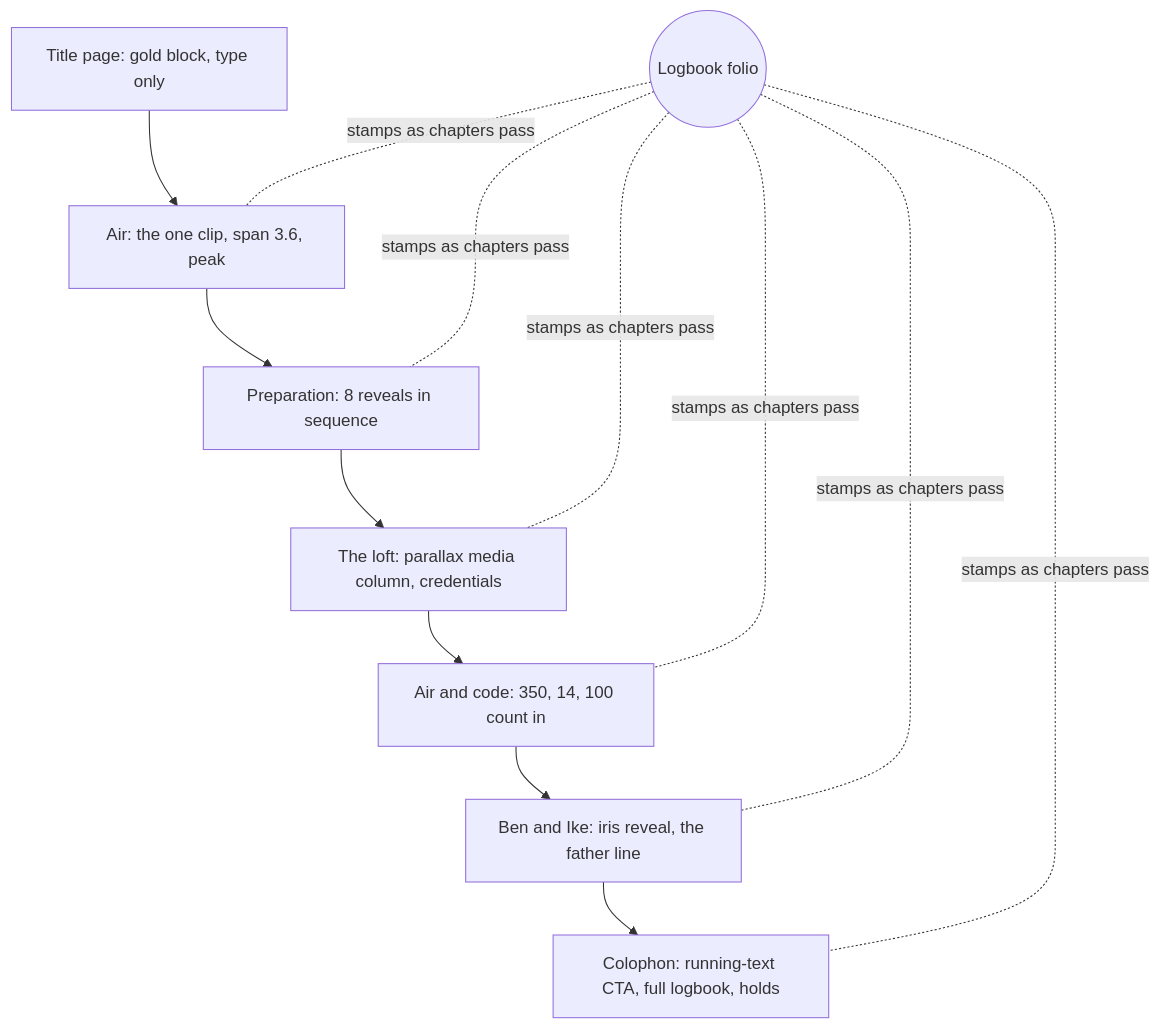
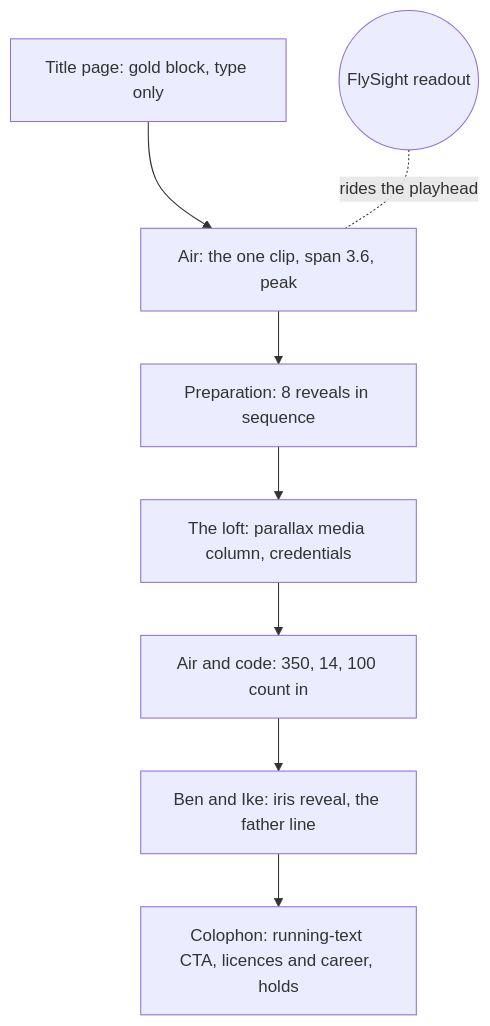
One commit to EcaCosca/bendike changed the first of 2 diagrams in .github/specs/about-page-scroll-story.md. Above: the diagram before and after it, drawn with Mermaid. The commit also changed other lines of this file and 13 other files, not shown here.

First line of the commit message:
feat: About story copy in Eca's words, FlySight readout

````diff
--- a/.github/specs/about-page-scroll-story.md
+++ b/.github/specs/about-page-scroll-story.md
@@ -136,10 +137,10 @@
 ```mermaid
 flowchart TD
   T[Title page: gold block, type only] --> A[Air: the one clip, span 3.6, peak]
   A --> P[Preparation: 8 reveals in sequence]
   P --> L[The loft: parallax media column, credentials]
   L --> C[Air and code: 350, 14, 100 count in]
   C --> S[Ben and Ike: iris reveal, the father line]
-  S --> K[Colophon: running-text CTA, full logbook, holds]
-  F((Logbook folio)) -. stamps as chapters pass .- A & P & L & C & S & K
+  S --> K[Colophon: running-text CTA, licences and career, holds]
+  R((FlySight readout)) -. rides the playhead .- A
 ```
````
